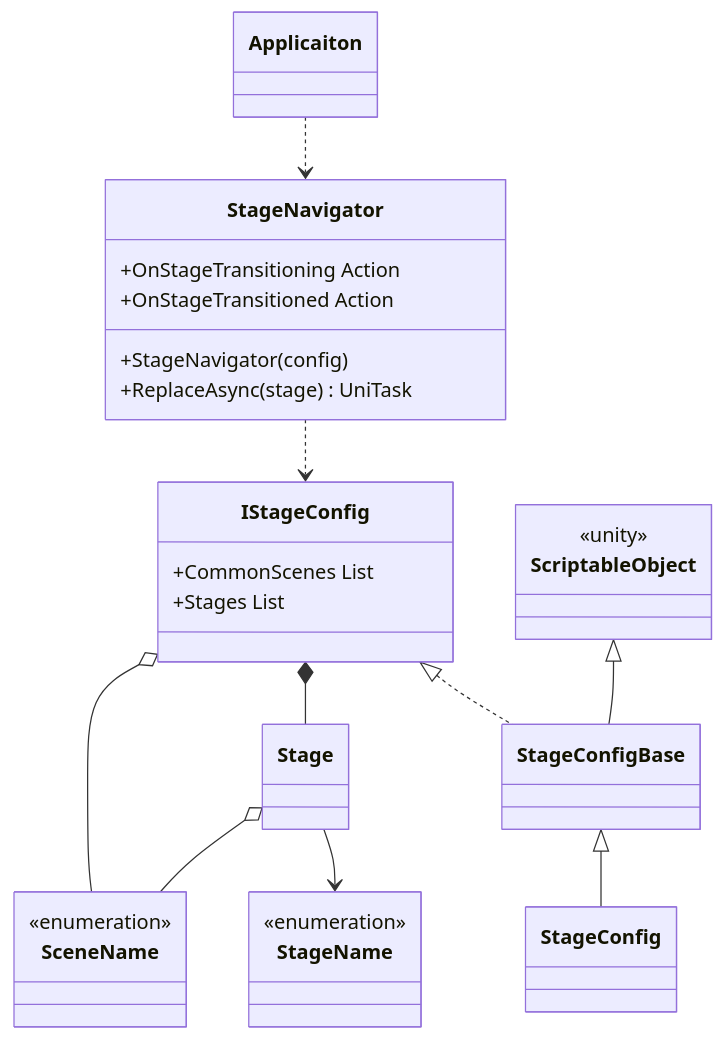
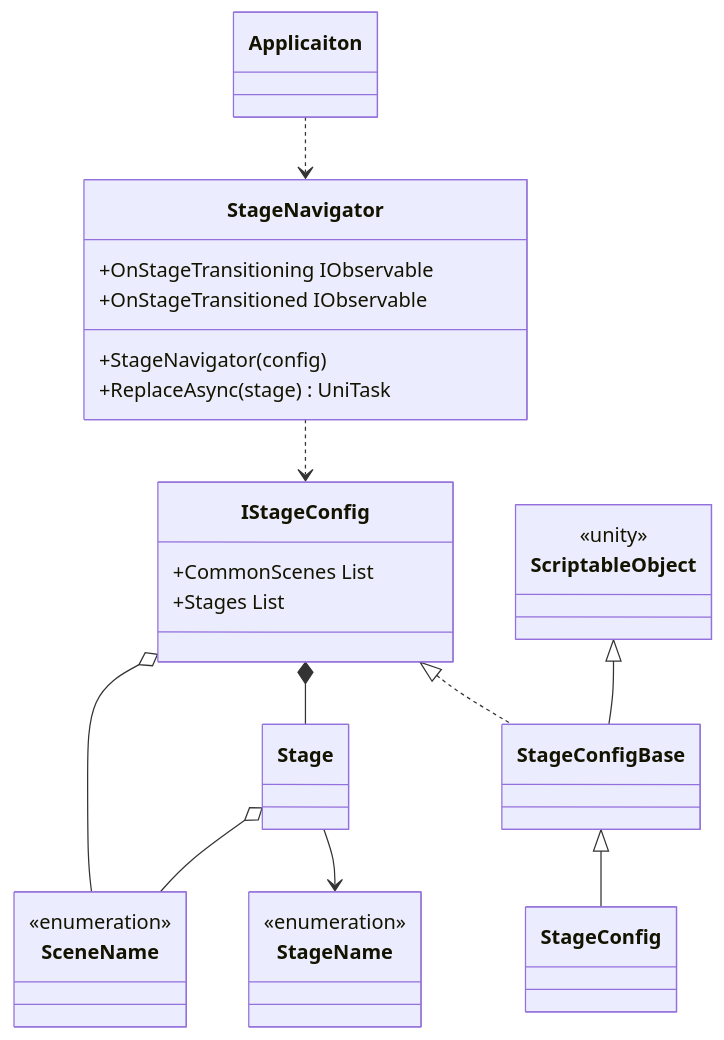
One commit to extreal-dev/Extreal.Guide changed the first of 2 diagrams in docs/core/stage-navigation.md. Above: the diagram before and after it, drawn with Mermaid. The commit also changed other lines of this file, not shown here.

````diff
--- a/docs/core/stage-navigation.md
+++ b/docs/core/stage-navigation.md
@@ -27,50 +27,50 @@
 ```mermaid
 classDiagram
 
     Applicaiton ..> StageNavigator
     StageNavigator ..> IStageConfig
     IStageConfig <|.. StageConfigBase
     StageConfigBase <|-- StageConfig
     ScriptableObject <|-- StageConfigBase
     IStageConfig *-- Stage
     IStageConfig o-- SceneName
     Stage --> StageName
     Stage o-- SceneName
 
     class Applicaiton {
     }
 
     class StageName {
         <<enumeration>>
     }
 
     class SceneName {
         <<enumeration>>
     }
 
     class StageConfig {
     }
 
     class StageNavigator {
-        +OnStageTransitioning Action
-        +OnStageTransitioned Action
+        +OnStageTransitioning IObservable
+        +OnStageTransitioned IObservable
         +StageNavigator(config)
         +ReplaceAsync(stage) UniTask
     }
 
     class IStageConfig {
         +CommonScenes List
         +Stages List
     }
 
     class StageConfigBase {
         
     }
 
     class ScriptableObject {
         <<unity>>
     }
 
     class Stage {
     }
 ```
````
